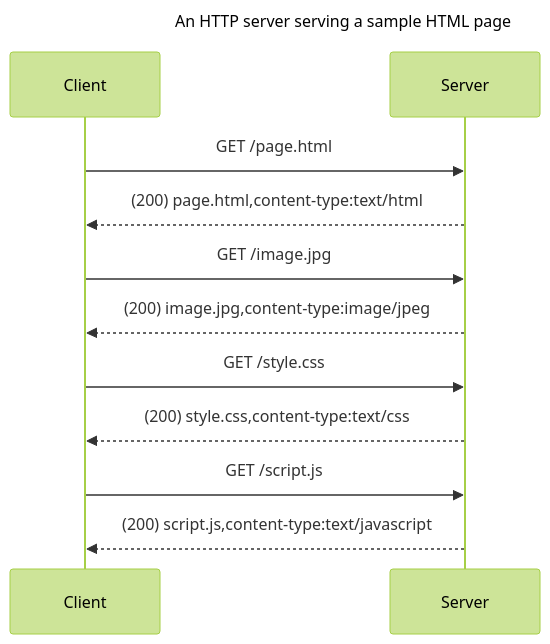
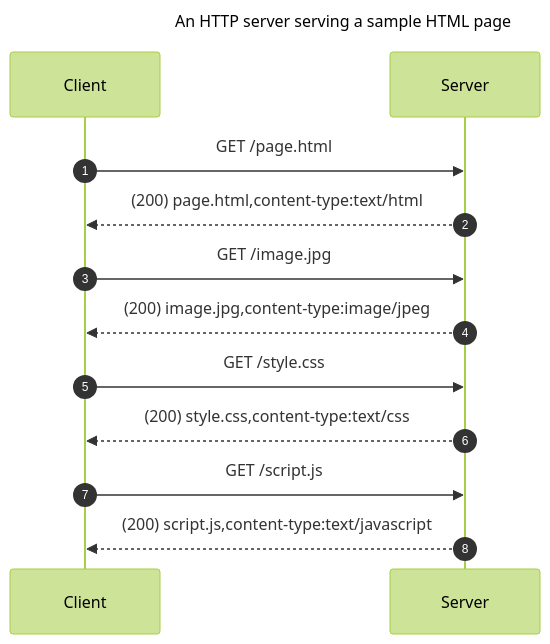
Before and after one commit to gharials/dev-path: the diagram in docs/internet-web/websites.md, drawn with Mermaid (forest theme). The commit also changed other lines of this file, not shown here.

Commit message:
'websites': copy edit and steps numbering in seq diagram.

````diff
--- a/docs/internet-web/websites.md
+++ b/docs/internet-web/websites.md
@@ -12,14 +12,15 @@
 ```mermaid
 ---
 title: An HTTP server serving a sample HTML page
 ---
 sequenceDiagram
+    autonumber
     Client->>Server: GET /page.html
     Server-->>Client: (200) page.html,content-type:text/html
     Client->>Server: GET /image.jpg
     Server-->>Client: (200) image.jpg,content-type:image/jpeg
     Client->>Server: GET /style.css
     Server-->>Client: (200) style.css,content-type:text/css
     Client->>Server: GET /script.js
     Server-->>Client: (200) script.js,content-type:text/javascript
 ```
````
